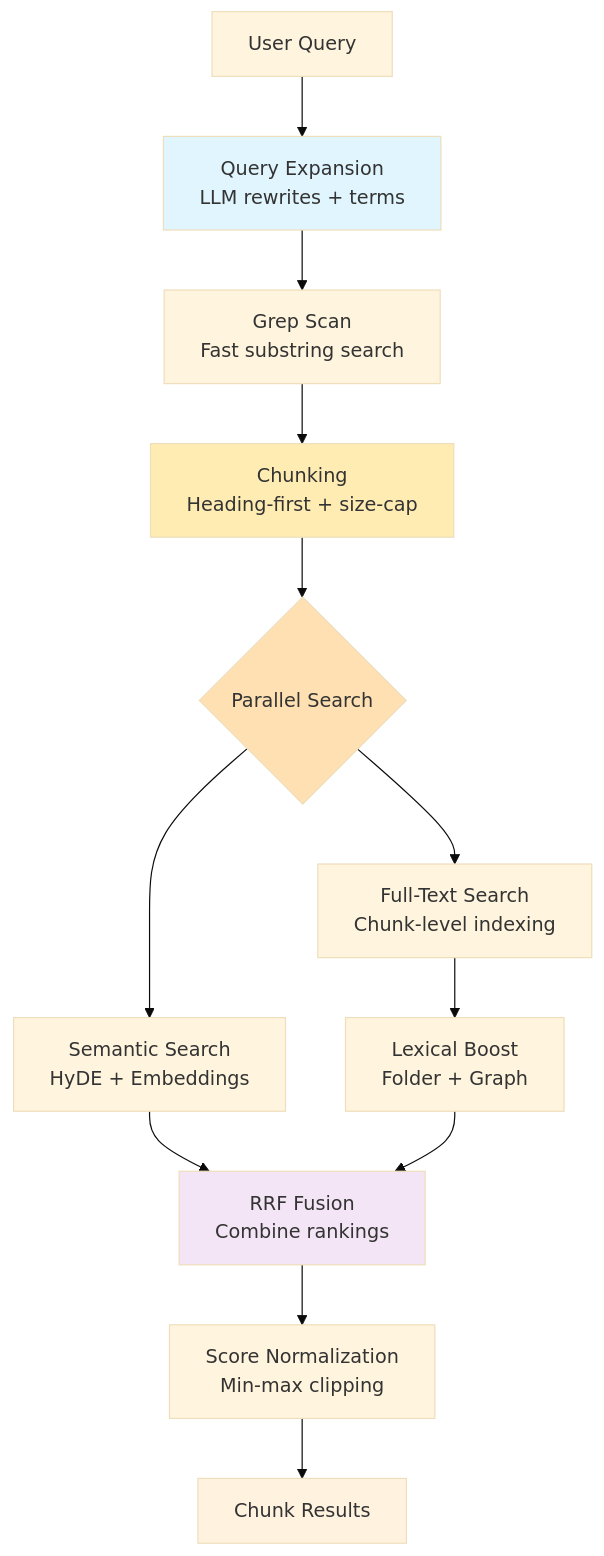
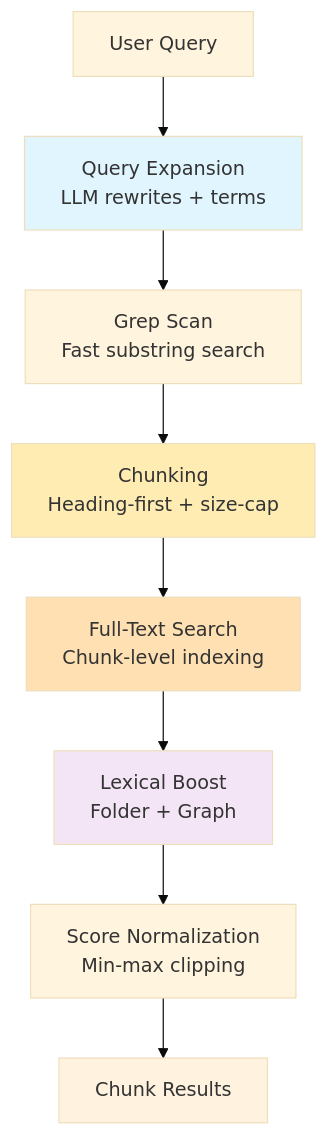
One commit to logancyang/obsidian-copilot changed the diagram in src/search/v3/README.md. Above: the diagram before and after it, drawn with Mermaid (base theme). The commit also changed other lines of this file and 7 other files, not shown here.

First line of the commit message:
refactor: remove deprecated indexing components and streamline search architecture

````diff
--- a/src/search/v3/README.md
+++ b/src/search/v3/README.md
@@ -7,20 +7,16 @@
 ```mermaid
 graph TD
     A[User Query] --> B[Query Expansion<br/>LLM rewrites + terms]
     B --> C[Grep Scan<br/>Fast substring search]
     C --> D[Chunking<br/>Heading-first + size-cap]
-    D --> E{Parallel Search}
-    E --> F[Full-Text Search<br/>Chunk-level indexing]
-    E --> G[Semantic Search<br/>HyDE + Embeddings]
+    D --> F[Full-Text Search<br/>Chunk-level indexing]
     F --> H[Lexical Boost<br/>Folder + Graph]
-    G --> I[RRF Fusion<br/>Combine rankings]
-    H --> I
-    I --> J[Score Normalization<br/>Min-max clipping]
+    H --> J[Score Normalization<br/>Min-max clipping]
     J --> K[Chunk Results]
 
     style B fill:#e1f5fe
     style D fill:#ffecb3
-    style E fill:#ffe0b2
-    style I fill:#f3e5f5
+    style F fill:#ffe0b2
+    style H fill:#f3e5f5
     style K fill:#fff3e0
 ```
````
